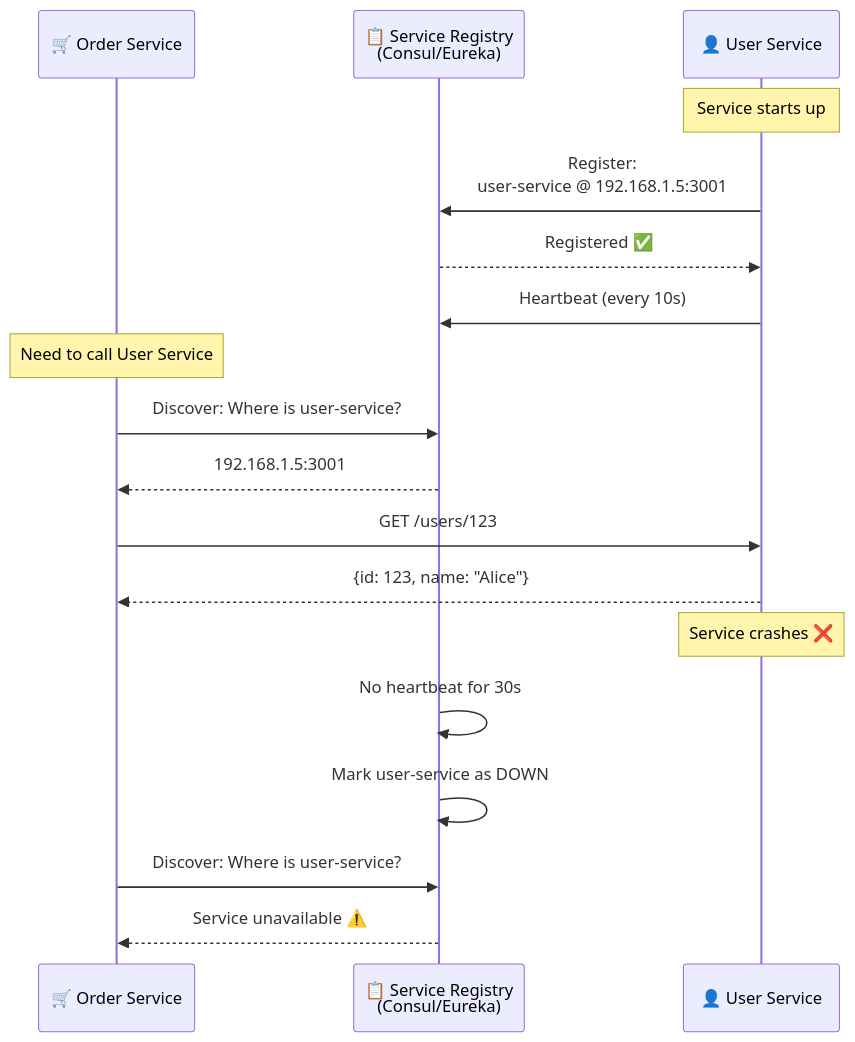
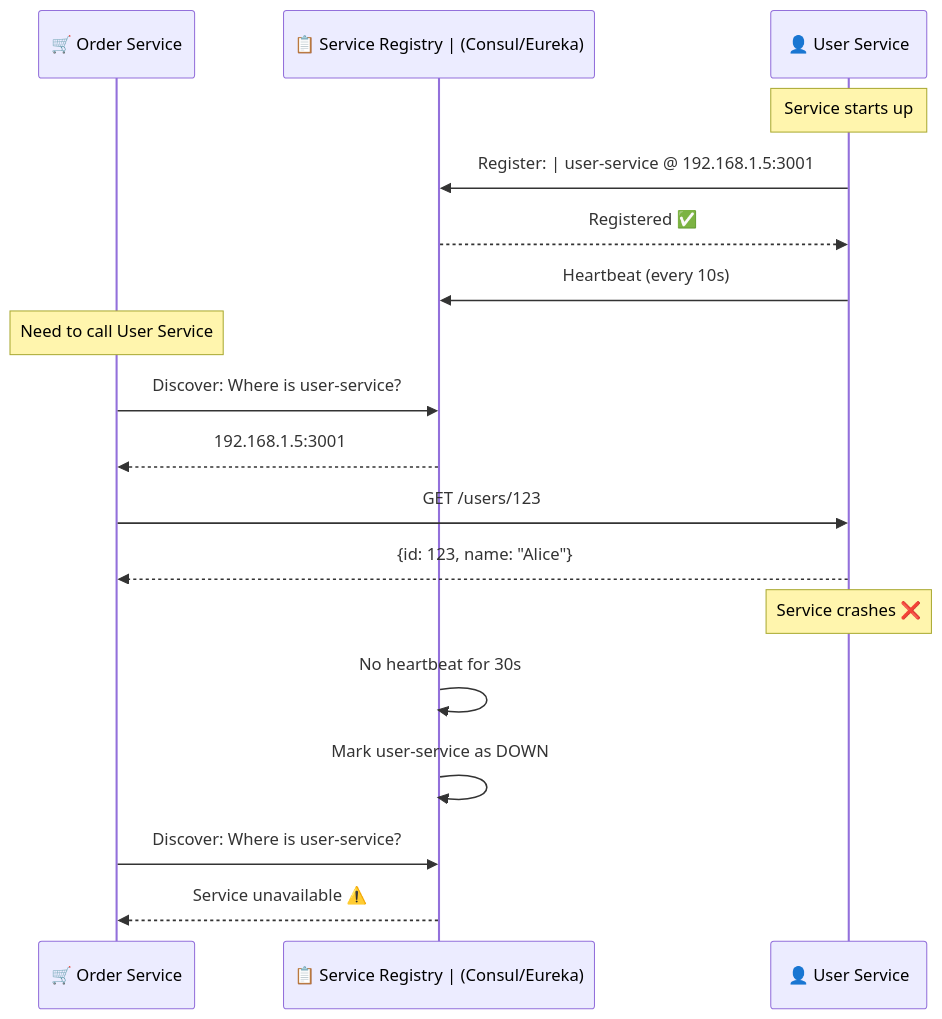
The fifth of 18 diagrams in HLD/foundation/09_microservices.md (p1kmr/for-reading), drawn with Mermaid before and after one commit. The commit also changed other lines of this file and 14 other files, not shown here.

Commit message:
Fix Mermaid diagram syntax: Replace <br/> with <br> for GitHub compatibility

````diff
--- a/HLD/foundation/09_microservices.md
+++ b/HLD/foundation/09_microservices.md
@@ -229,29 +229,29 @@
 ```mermaid
 sequenceDiagram
     participant Order as 🛒 Order Service
-    participant Registry as 📋 Service Registry<br/>(Consul/Eureka)
+    participant Registry as 📋 Service Registry | (Consul/Eureka)
     participant User as 👤 User Service
 
     Note over User: Service starts up
 
-    User->>Registry: Register:<br/>user-service @ 192.168.1.5:3001
+    User->>Registry: Register: | user-service @ 192.168.1.5:3001
     Registry-->>User: Registered ✅
 
     User->>Registry: Heartbeat (every 10s)
 
     Note over Order: Need to call User Service
 
     Order->>Registry: Discover: Where is user-service?
     Registry-->>Order: 192.168.1.5:3001
 
     Order->>User: GET /users/123
     User-->>Order: {id: 123, name: "Alice"}
 
     Note over User: Service crashes ❌
 
     Registry->>Registry: No heartbeat for 30s
     Registry->>Registry: Mark user-service as DOWN
 
     Order->>Registry: Discover: Where is user-service?
     Registry-->>Order: Service unavailable ⚠️
 ```
````
